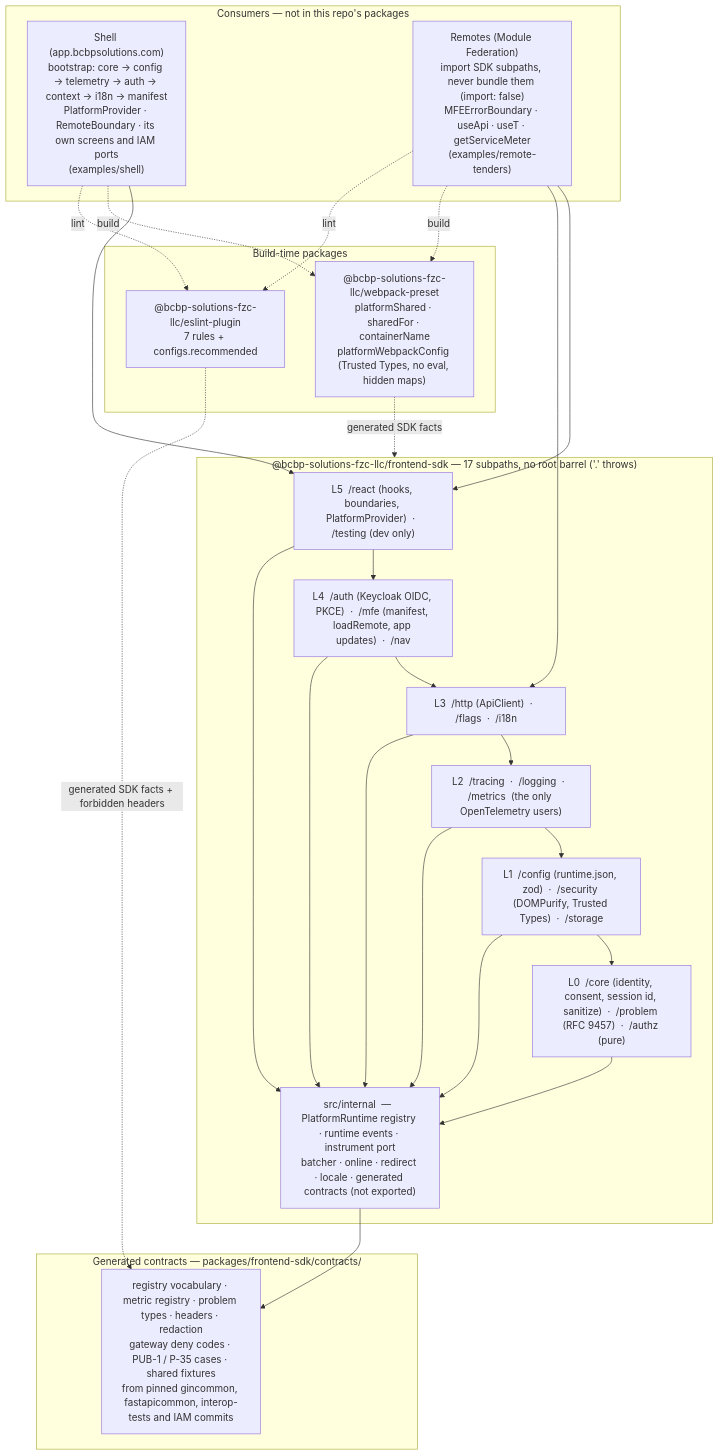
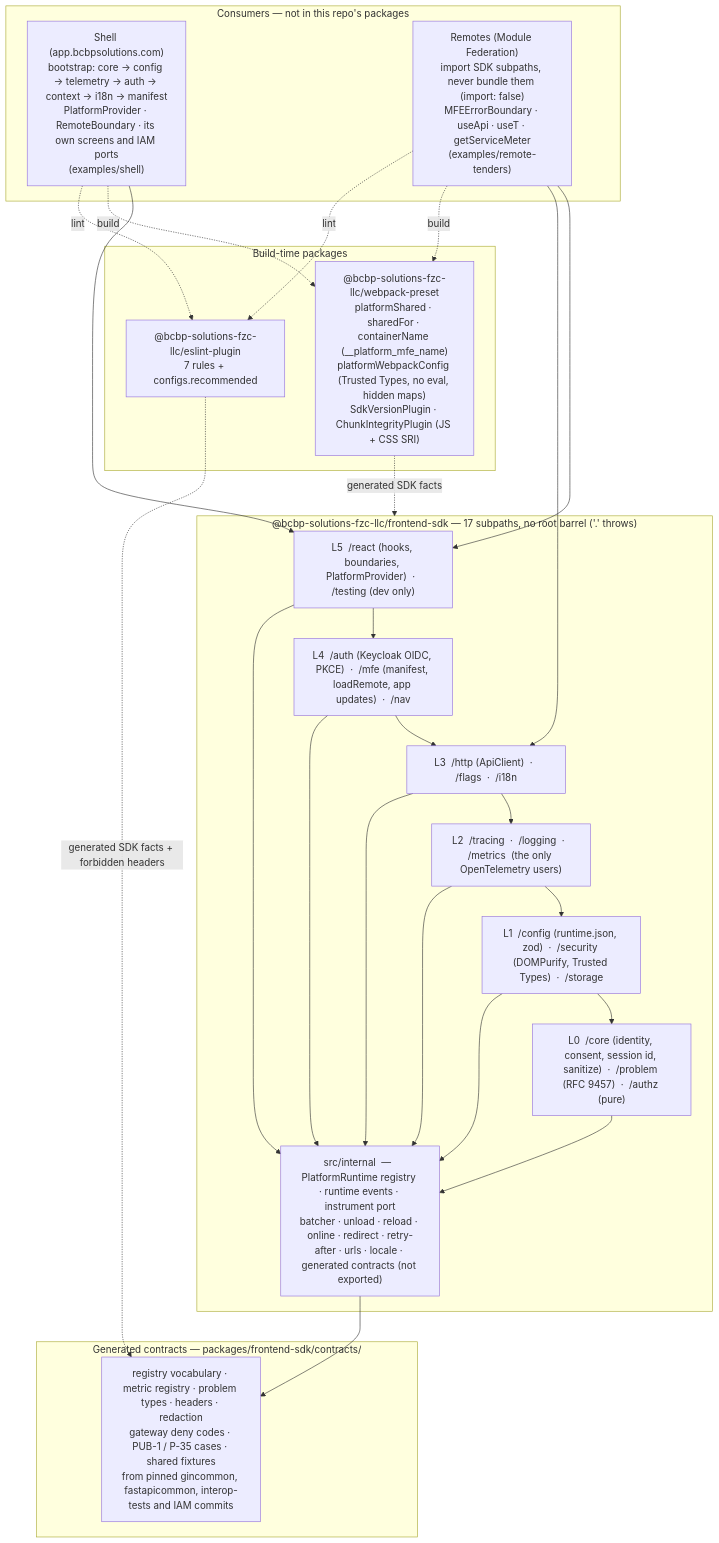
One commit to BCBP-SOLUTIONS-FZC-LLC/platform-reactcommon changed the diagram in docs/architecture/mermaid/layer-model.mmd. Above: the diagram before and after it, drawn with Mermaid. The commit also changed 71 other files, not shown here.

```diff
--- a/docs/architecture/mermaid/layer-model.mmd
+++ b/docs/architecture/mermaid/layer-model.mmd
@@ -1,42 +1,42 @@
 graph TD
     subgraph apps["Consumers  —  not in this repo's packages"]
         shell["Shell (app.bcbpsolutions.com)<br/>bootstrap: core → config → telemetry → auth → context → i18n → manifest<br/>PlatformProvider · RemoteBoundary · its own screens and IAM ports<br/>(examples/shell)"]
         remote["Remotes (Module Federation)<br/>import SDK subpaths, never bundle them (import: false)<br/>MFEErrorBoundary · useApi · useT · getServiceMeter<br/>(examples/remote-tenders)"]
     end
 
     subgraph tooling["Build-time packages"]
-        preset["@bcbp-solutions-fzc-llc/webpack-preset<br/>platformShared · sharedFor · containerName<br/>platformWebpackConfig (Trusted Types, no eval, hidden maps)"]
+        preset["@bcbp-solutions-fzc-llc/webpack-preset<br/>platformShared · sharedFor · containerName (__platform_mfe_name)<br/>platformWebpackConfig (Trusted Types, no eval, hidden maps)<br/>SdkVersionPlugin · ChunkIntegrityPlugin (JS + CSS SRI)"]
         eslint["@bcbp-solutions-fzc-llc/eslint-plugin<br/>7 rules + configs.recommended"]
     end
 
     subgraph sdk["@bcbp-solutions-fzc-llc/frontend-sdk  —  17 subpaths, no root barrel ('.' throws)"]
         L5["L5  /react (hooks, boundaries, PlatformProvider)  ·  /testing (dev only)"]
         L4["L4  /auth (Keycloak OIDC, PKCE)  ·  /mfe (manifest, loadRemote, app updates)  ·  /nav"]
         L3["L3  /http (ApiClient)  ·  /flags  ·  /i18n"]
         L2["L2  /tracing  ·  /logging  ·  /metrics  (the only OpenTelemetry users)"]
         L1["L1  /config (runtime.json, zod)  ·  /security (DOMPurify, Trusted Types)  ·  /storage"]
         L0["L0  /core (identity, consent, session id, sanitize)  ·  /problem (RFC 9457)  ·  /authz (pure)"]
-        internal["src/internal  —  PlatformRuntime registry · runtime events · instrument port<br/>batcher · online · redirect · locale · generated contracts (not exported)"]
+        internal["src/internal  —  PlatformRuntime registry · runtime events · instrument port<br/>batcher · unload · reload · online · redirect · retry-after · urls · locale · generated contracts (not exported)"]
     end
 
     subgraph contracts["Generated contracts  —  packages/frontend-sdk/contracts/"]
         gen["registry vocabulary · metric registry · problem types · headers · redaction<br/>gateway deny codes · PUB-1 / P-35 cases · shared fixtures<br/>from pinned gincommon, fastapicommon, interop-tests and IAM commits"]
     end
 
     shell --> L5
     remote --> L5
     remote --> L3
     shell -. build .-> preset
     remote -. build .-> preset
     shell -. lint .-> eslint
     remote -. lint .-> eslint
     L5 --> L4 --> L3 --> L2 --> L1 --> L0
     L0 --> internal
     L1 --> internal
     L2 --> internal
     L3 --> internal
     L4 --> internal
     L5 --> internal
     internal --> gen
     preset -. generated SDK facts .-> sdk
     eslint -. generated SDK facts + forbidden headers .-> gen
```
